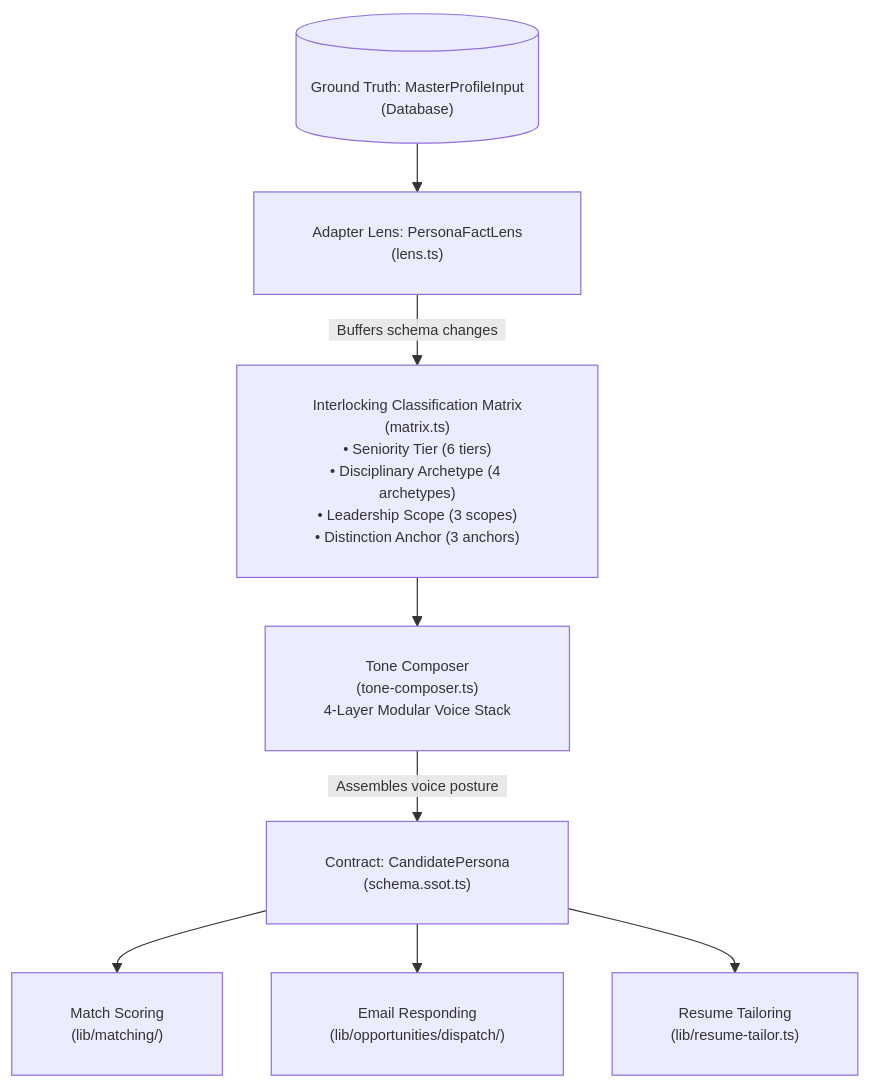
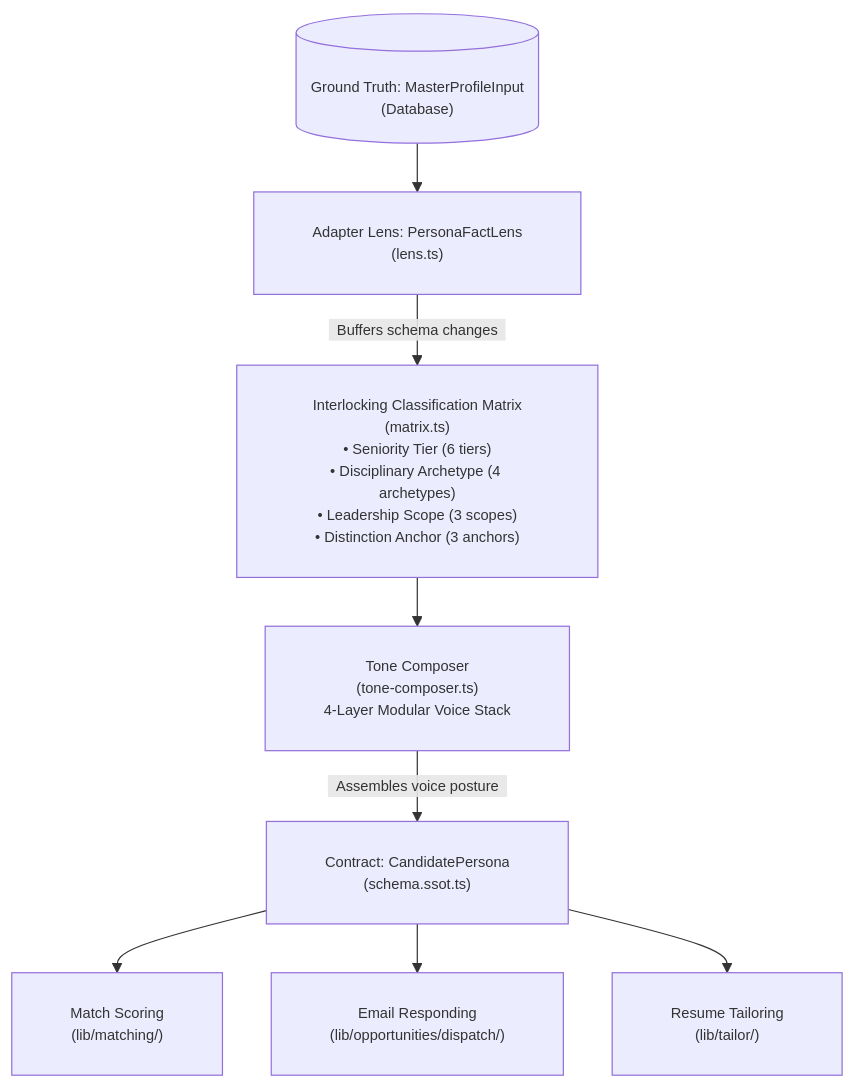
Before and after one commit to Marqlo-C/mailpilot: the fourth of 16 diagrams in README.md, drawn with Mermaid. The commit also changed other lines of this file and 246 other files, not shown here.

````diff
--- a/README.md
+++ b/README.md
@@ -280,21 +280,21 @@
 ```mermaid
 %%{init: {"themeVariables": {"fontSize": "12px", "fontFamily": "-apple-system, BlinkMacSystemFont, Segoe UI, sans-serif"}, "themeCSS": ".edgeLabel foreignObject { overflow: visible !important; } .edgeLabel span { padding: 0 4px; }", "flowchart": {"padding": 24, "nodeSpacing": 40, "rankSpacing": 40}}}%%
 flowchart TD
   GT[("Ground Truth: MasterProfileInput<br/>(Database)")]
   LENS["Adapter Lens: PersonaFactLens<br/>(lens.ts)"]
   MATRIX["Interlocking Classification Matrix<br/>(matrix.ts)<br/>• Seniority Tier (6 tiers)<br/>• Disciplinary Archetype (4 archetypes)<br/>• Leadership Scope (3 scopes)<br/>• Distinction Anchor (3 anchors)"]
   TONE["Tone Composer<br/>(tone-composer.ts)<br/>4-Layer Modular Voice Stack"]
   CONTRACT["Contract: CandidatePersona<br/>(schema.ssot.ts)"]
 
   MS["Match Scoring<br/>(lib/matching/)"]
   ER["Email Responding<br/>(lib/opportunities/dispatch/)"]
-  RT["Resume Tailoring<br/>(lib/resume-tailor.ts)"]
+  RT["Resume Tailoring<br/>(lib/tailor/)"]
 
   GT --> LENS
   LENS -->|"&nbsp;&nbsp;Buffers schema changes&nbsp;&nbsp;"| MATRIX
   MATRIX --> TONE
   TONE -->|"&nbsp;&nbsp;Assembles voice posture&nbsp;&nbsp;"| CONTRACT
   CONTRACT --> MS
   CONTRACT --> ER
   CONTRACT --> RT
 ```
````
